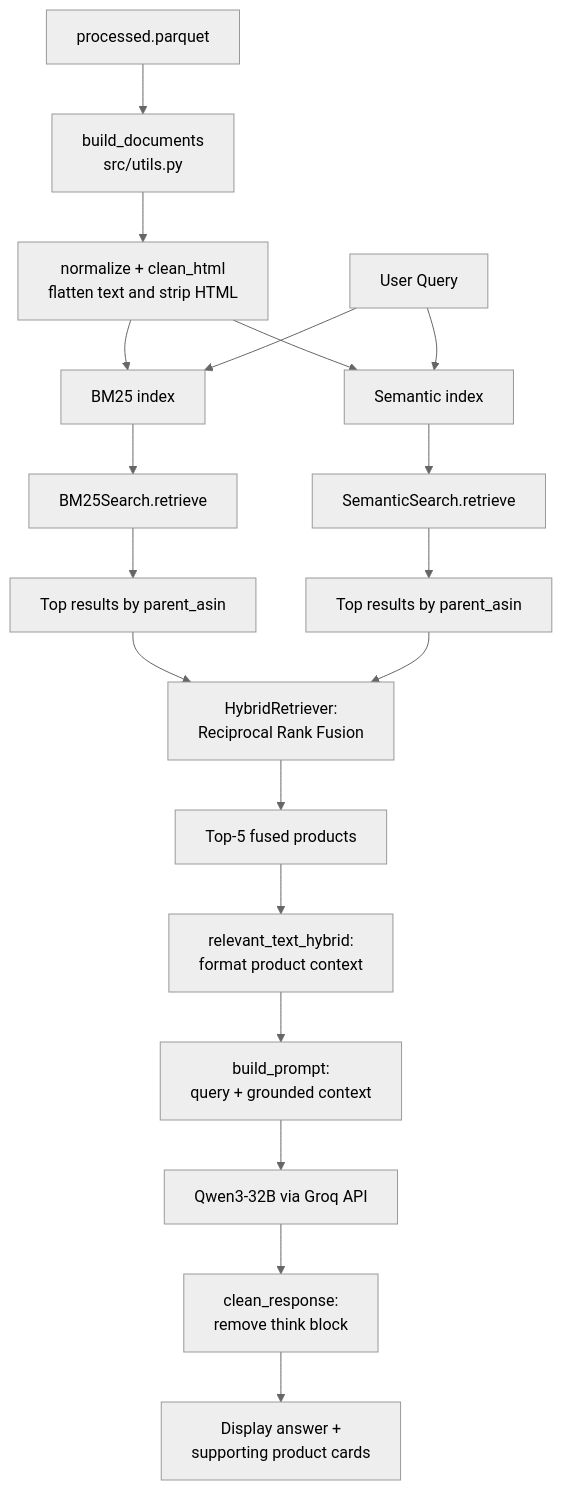
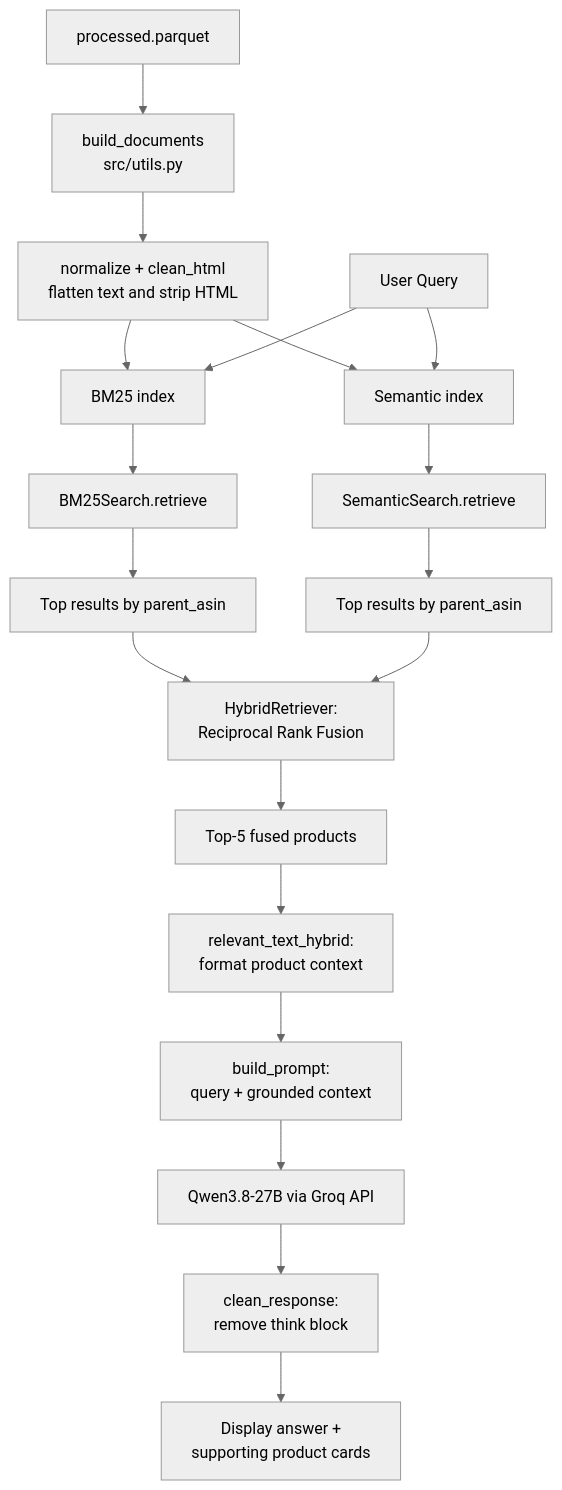
One commit to iangault/product-search-rag changed the second of 2 diagrams in README.md. Above: the diagram before and after it, drawn with Mermaid (neutral theme). The commit also changed other lines of this file and 1 other file, not shown here.

Commit message:
update groq model

````diff
--- a/README.md
+++ b/README.md
@@ -55,21 +55,21 @@
 ```mermaid
 flowchart TD
     P[processed.parquet] --> Q[build_documents<br/>src/utils.py]
     Q --> R[normalize + clean_html<br/>flatten text and strip HTML]
     R --> B[BM25 index]
     R --> C[Semantic index]
     A[User Query] --> B
     A --> C
     B --> D[BM25Search.retrieve]
     C --> E[SemanticSearch.retrieve]
     D --> F[Top results by parent_asin]
     E --> G[Top results by parent_asin]
     F --> H[HybridRetriever:<br/>Reciprocal Rank Fusion]
     G --> H
     H --> I[Top-5 fused products]
     I --> J[relevant_text_hybrid:<br/>format product context]
     J --> K[build_prompt:<br/>query + grounded context]
-    K --> L[Qwen3-32B via Groq API]
+    K --> L[Qwen3.8-27B via Groq API]
     L --> M[clean_response:<br/>remove think block]
     M --> N[Display answer +<br/>supporting product cards]
 ```
````
